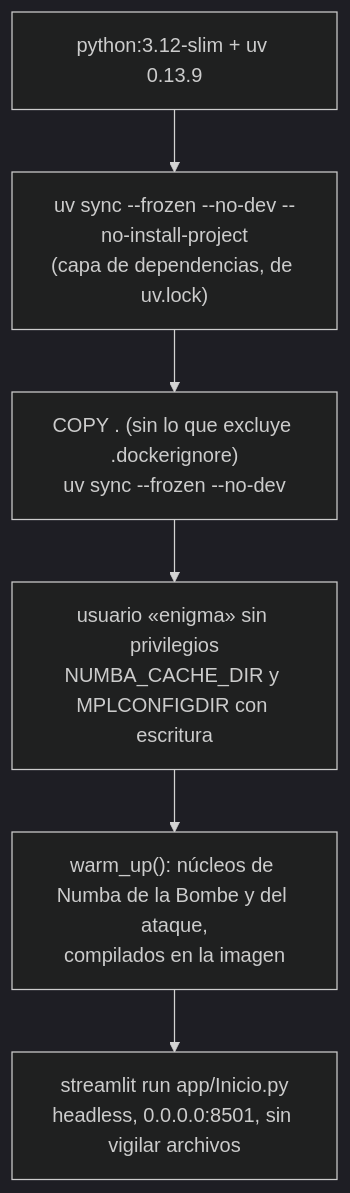
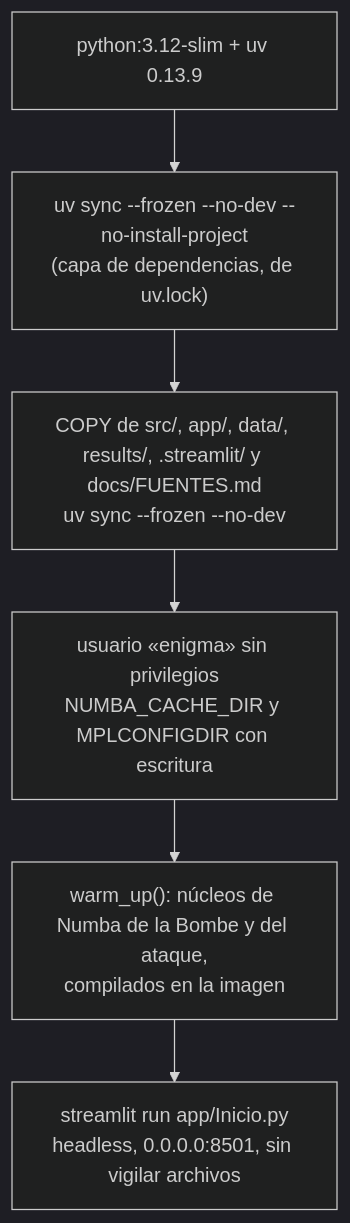
One commit to Cartosn/enigma-lab changed the seventh of 7 diagrams in docs/ARQUITECTURA.md. Above: the diagram before and after it, drawn with Mermaid (dark theme). The commit also changed other lines of this file and 111 other files, not shown here.

````diff
--- a/docs/ARQUITECTURA.md
+++ b/docs/ARQUITECTURA.md
@@ -229,8 +229,8 @@
 ```mermaid
 flowchart TB
     base["python:3.12-slim + uv 0.13.9"] --> deps["uv sync --frozen --no-dev --no-install-project<br/>(capa de dependencias, de uv.lock)"]
-    deps --> code["COPY . (sin lo que excluye .dockerignore)<br/>uv sync --frozen --no-dev"]
+    deps --> code["COPY de src/, app/, data/, results/, .streamlit/ y docs/FUENTES.md<br/>uv sync --frozen --no-dev"]
     code --> user["usuario «enigma» sin privilegios<br/>NUMBA_CACHE_DIR y MPLCONFIGDIR con escritura"]
     user --> warm["warm_up(): núcleos de Numba de la Bombe y del ataque,<br/>compilados en la imagen"]
     warm --> run["streamlit run app/Inicio.py<br/>headless, 0.0.0.0:8501, sin vigilar archivos"]
 ```
````
